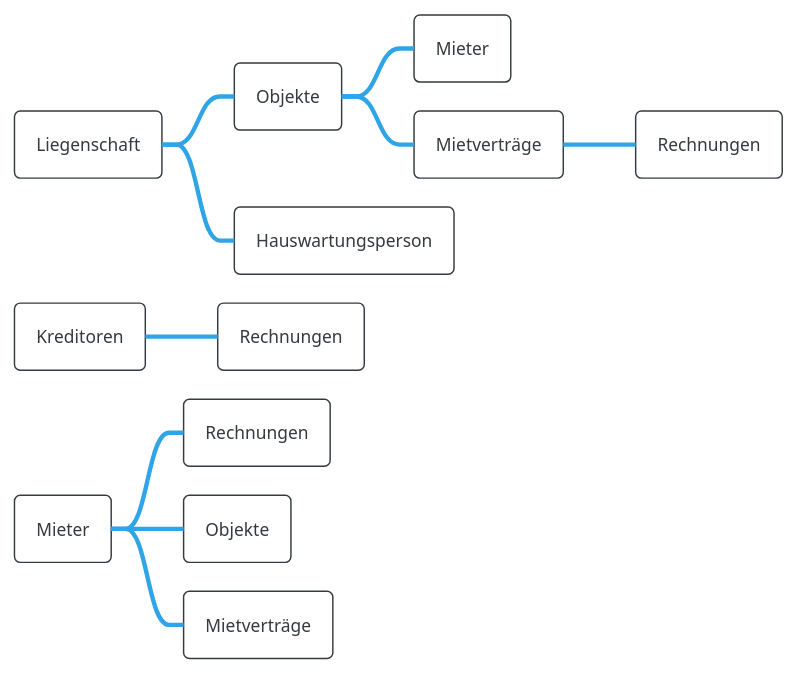
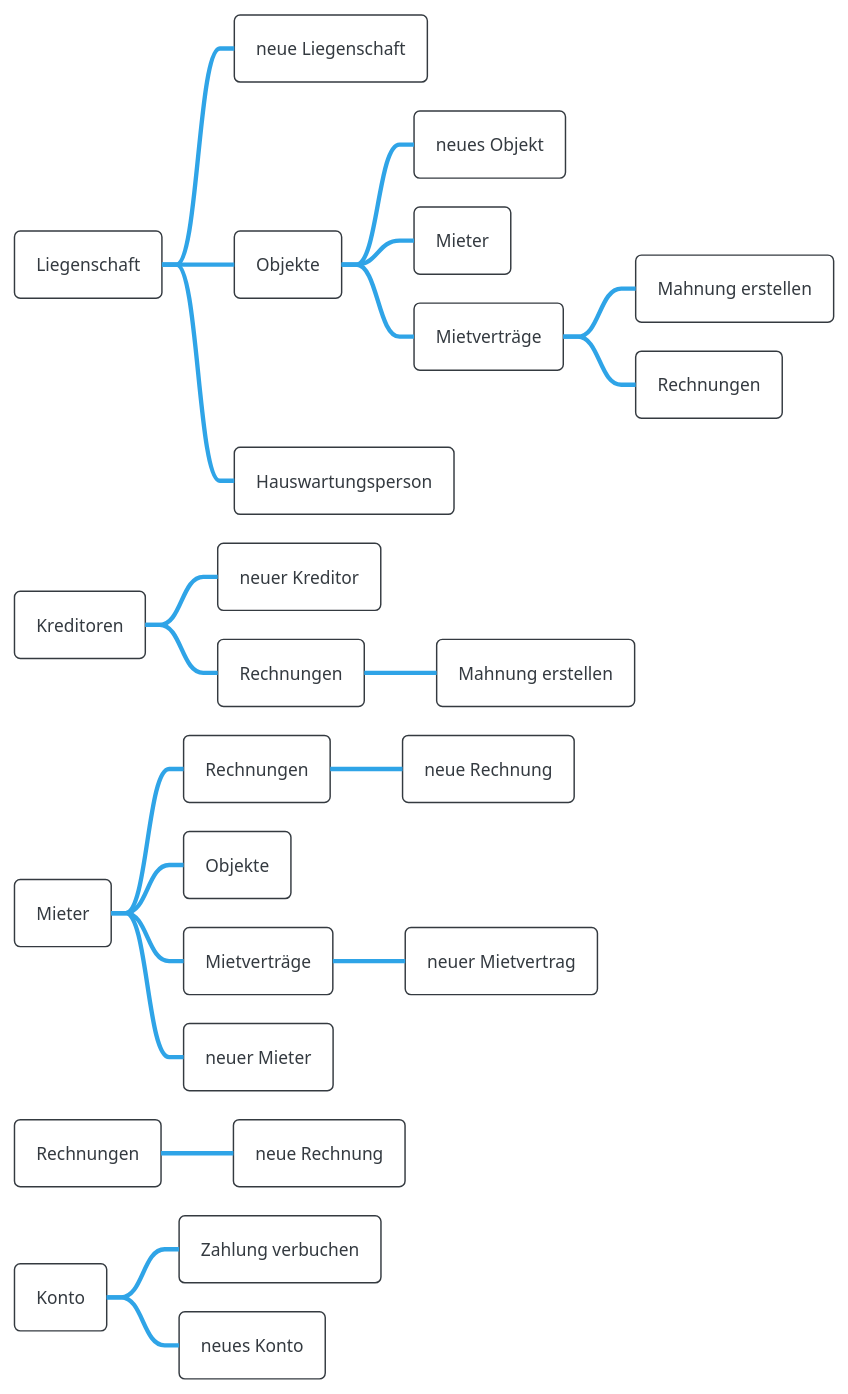
One commit to sirtheta/ImmoGlobal_Semesterarbeit changed the diagram in docs/content/diagrams/guiMap.wsd. Above: the diagram before and after it, drawn with PlantUML. The commit also changed 26 other files, not shown here.

```diff
--- a/docs/content/diagrams/guiMap.wsd
+++ b/docs/content/diagrams/guiMap.wsd
@@ -1,17 +1,31 @@
-@startmindmap GuiMindMAp
+@startmindmap GuiMindMap
 !theme cerulean-outline
 * Liegenschaft
+** neue Liegenschaft
 ** Objekte
+*** neues Objekt
 *** Mieter
 *** Mietverträge
+**** Mahnung erstellen
 **** Rechnungen
 ** Hauswartungsperson
 
 * Kreditoren
+** neuer Kreditor
 ** Rechnungen
+*** Mahnung erstellen
 
 * Mieter
 ** Rechnungen
+*** neue Rechnung
 ** Objekte
 ** Mietverträge
+*** neuer Mietvertrag
+** neuer Mieter
+
+* Rechnungen
+** neue Rechnung
+* Konto
+** Zahlung verbuchen
+** neues Konto
 @endmindmap
```
